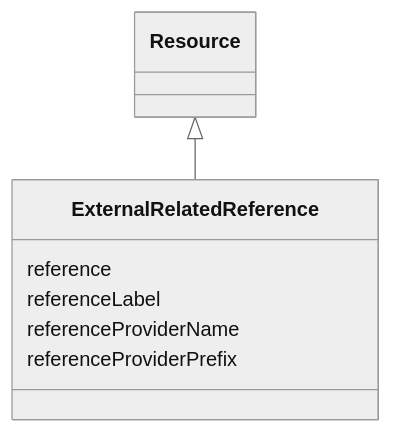
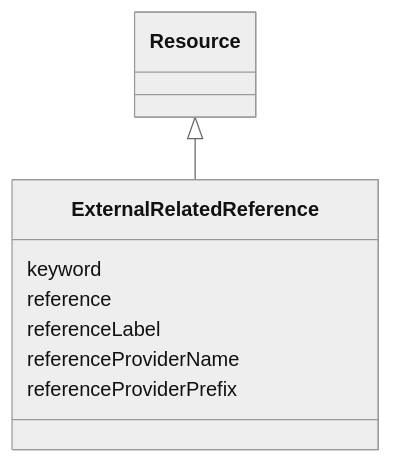
The diagram in models/docs/ExternalRelatedReference.md (EVORA-project/evora-ontology), drawn with Mermaid (neutral theme) before and after one commit. The commit also changed other lines of this file and 402 other files, not shown here.

````diff
--- a/models/docs/ExternalRelatedReference.md
+++ b/models/docs/ExternalRelatedReference.md
@@ -19,17 +19,19 @@
 ```mermaid
  classDiagram
     class ExternalRelatedReference
     click ExternalRelatedReference href "../ExternalRelatedReference"
       Resource <|-- ExternalRelatedReference
         click Resource href "../Resource"
       
+      ExternalRelatedReference : keyword
+        
       ExternalRelatedReference : reference
         
       ExternalRelatedReference : referenceLabel
         
       ExternalRelatedReference : referenceProviderName
         
       ExternalRelatedReference : referenceProviderPrefix
         
       
 ```
````
